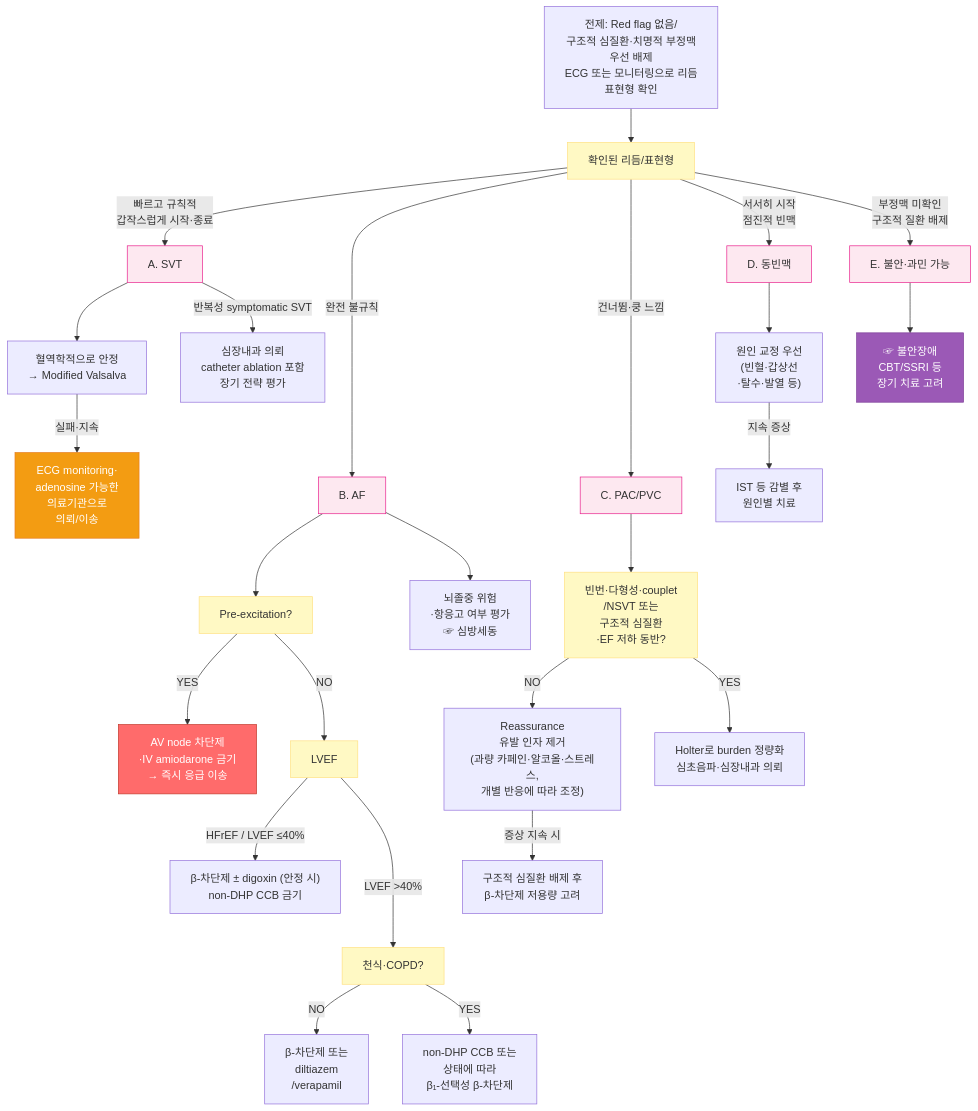
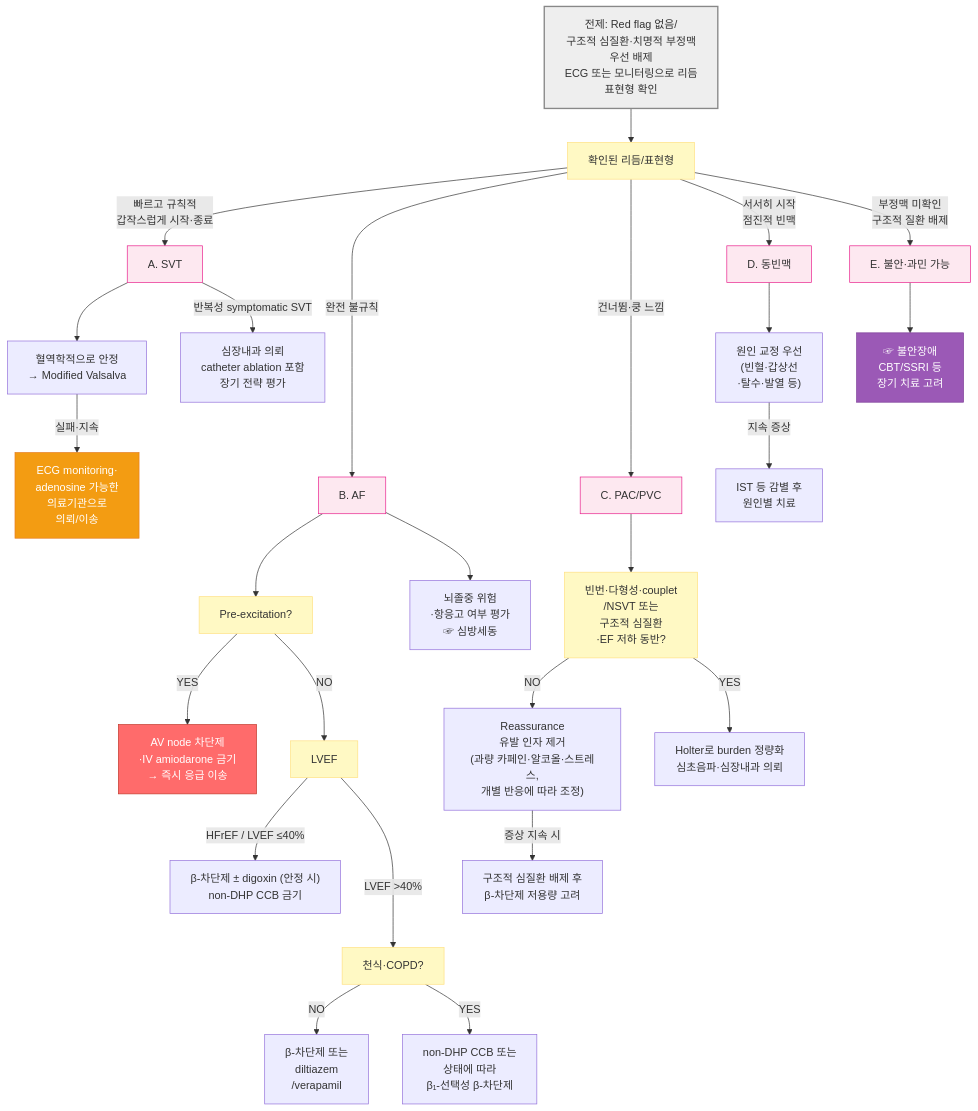
Before and after one commit to familyoh77/familyoh77: the diagram in 220_/009_-palpitation.md, drawn with Mermaid. The commit also changed other lines of this file and 4 other files, not shown here.

````diff
--- a/220_/009_-palpitation.md
+++ b/220_/009_-palpitation.md
@@ -194,34 +206,35 @@
 ```mermaid
 graph TD
     Start["전제: Red flag 없음/<br/>구조적 심질환·치명적 부정맥 <br/>우선 배제<br/>ECG 또는 모니터링으로 리듬 <br/>표현형 확인"] --> Rhythm[확인된 리듬/표현형]
     Rhythm -->|"빠르고 규칙적<br/>갑작스럽게 시작·종료"| SVT["A. SVT"]
     Rhythm ---->|"완전 불규칙"| AF["B. AF"]
     Rhythm ---->|"건너뜀·쿵 느낌"| PVC["C. PAC/PVC"]
     Rhythm -->|"서서히 시작<br/>점진적 빈맥"| Sinus["D. 동빈맥"]
     Rhythm -->|"부정맥 미확인<br/>구조적 질환 배제"| Anxiety["E. 불안·과민 가능"]
     SVT --> Vagal["혈역학적으로 안정<br/>→ Modified Valsalva"]
     Vagal -->|"실패·지속"| ER1["ECG monitoring·<br/>adenosine 가능한<br/>의료기관으로 <br/>의뢰/이송"]
     SVT -->|"반복성 symptomatic SVT"| SVTref["심장내과 의뢰<br/>catheter ablation 포함 <br/>장기 전략 평가"]
     AF --> PreEx["Pre-excitation?"]
     PreEx -->|"YES"| WPW["AV node 차단제<br/>·IV amiodarone 금기<br/>→ 즉시 응급 이송"]
     PreEx -->|"NO"| EF["LVEF"]
     EF -->|"HFrEF / LVEF ≤40%"| AFhf["β-차단제 ± digoxin (안정 시)<br/>non-DHP CCB 금기"]
     EF --->|"LVEF >40%"| Resp["천식·COPD?"]
     Resp -->|"NO"| AFnormal["β-차단제 또는<br/>diltiazem<br/>/verapamil"]
     Resp -->|"YES"| AFcopd["non-DHP CCB 또는<br/>상태에 따라 <br/>β₁-선택성 β-차단제"]
     AF --> Stroke["뇌졸중 위험<br/>·항응고 여부 평가<br/>☞ 심방세동"]
     PVC --> PVCBurden["빈번·다형성·couplet<br/>/NSVT 또는<br/> 구조적 심질환<br/>·EF 저하 동반?"]
     PVCBurden -->|"NO"| PVC1["Reassurance<br/>유발 인자 제거<br/>(과량 카페인·알코올·스트레스,<br/>개별 반응에 따라 조정)"]
     PVC1 -->|"증상 지속 시"| BB3["구조적 심질환 배제 후<br/>β-차단제 저용량 고려"]
     PVCBurden -->|"YES"| PVCref["Holter로 burden 정량화<br/>심초음파·심장내과 의뢰"]
     Sinus --> Sinus1["원인 교정 우선<br/>(빈혈·갑상선<br/>·탈수·발열 등)"]
     Sinus1 -->|"지속 증상"| Sinus2["IST 등 감별 후<br/>원인별 치료"]
     Anxiety --> Anxiety1["☞ 불안장애<br/>CBT/SSRI 등 <br/>장기 치료 고려"]
+    style Start fill:#eeeeee,stroke:#888888,stroke-width:2px
     style WPW fill:#ff6b6b,stroke:#c0392b,color:#fff
     style ER1 fill:#f39c12,stroke:#e67e22,color:#fff
     style Anxiety1 fill:#9b59b6,stroke:#7d3c98,color:#fff
 classDef yellow fill:#fff9c4,stroke:#ffe082
 class PreEx,Rhythm,EF,Resp,PVCBurden yellow
 classDef pink fill:#fde8f0,stroke:#e91e8c
 class SVT,AF,PVC,Sinus,Anxiety pink
 ```
````
